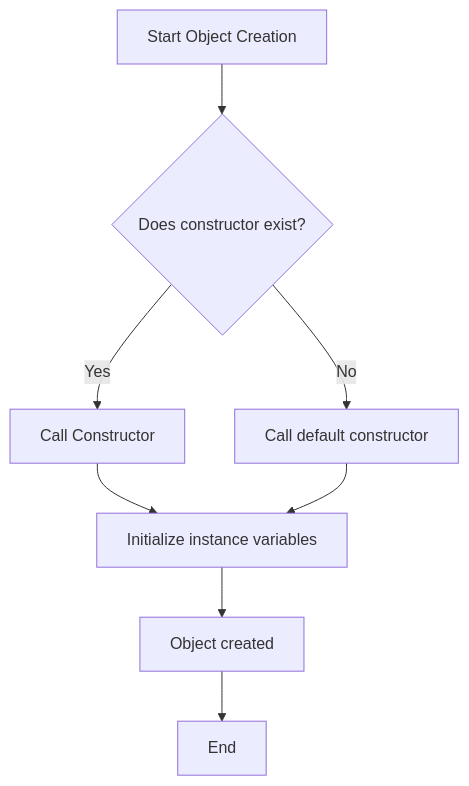
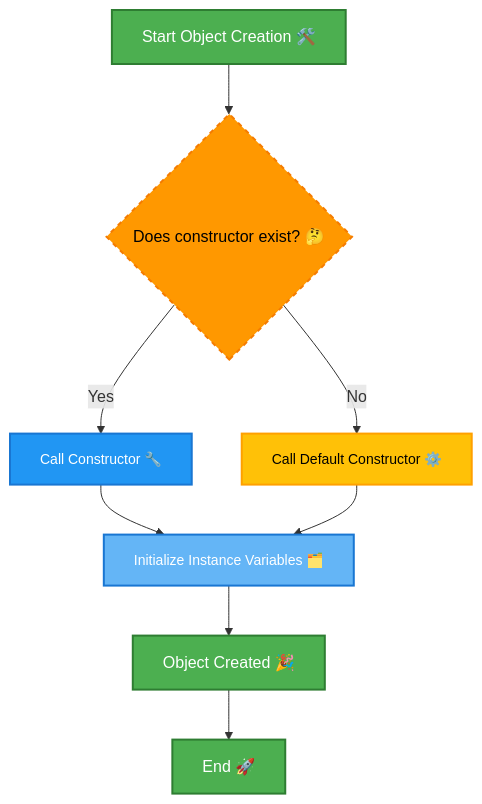
The fifth of 7 diagrams in _posts/2024-12-16-08.-oops-in-java.md (infoyouth/infoyouth.github.io), drawn with Mermaid before and after one commit. The commit also changed other lines of this file and 1 other file, not shown here.

````diff
--- a/_posts/2024-12-16-08.-oops-in-java.md
+++ b/_posts/2024-12-16-08.-oops-in-java.md
@@ -590,11 +678,22 @@
 ```mermaid
 flowchart TD
-    A[Start Object Creation] --> B{Does constructor exist?};
-    B -- Yes --> C[Call Constructor];
-     C --> D[Initialize instance variables];
-     D --> E[Object created];
-    B -- No --> F[Call default constructor]
-     F-->D
-    E --> G[End];
-    
+    %% Node Styles
+    style A fill:#4CAF50,stroke:#2E7D32,color:#FFFFFF,font-size:16px,stroke-width:2px
+    style B fill:#FF9800,stroke:#F57C00,color:#000000,font-size:16px,stroke-width:2px,stroke-dasharray:5,5
+    style C fill:#2196F3,stroke:#1976D2,color:#FFFFFF,font-size:14px,stroke-width:2px
+    style D fill:#64B5F6,stroke:#1976D2,color:#FFFFFF,font-size:14px,stroke-width:2px
+    style E fill:#4CAF50,stroke:#2E7D32,color:#FFFFFF,font-size:16px,stroke-width:2px
+    style F fill:#FFC107,stroke:#FFA000,color:#000000,font-size:14px,stroke-width:2px
+    style G fill:#4CAF50,stroke:#2E7D32,color:#FFFFFF,font-size:16px,stroke-width:2px
+
+    %% Flowchart Structure
+    A[Start Object Creation 🛠️] --> B{Does constructor exist? 🤔}
+    B -- Yes --> C[Call Constructor 🔧]
+    C --> D[Initialize Instance Variables 🗂️]
+    D --> E[Object Created 🎉]
+    B -- No --> F[Call Default Constructor ⚙️]
+    F --> D
+    E --> G[End 🚀]
+
+
 ```
````
